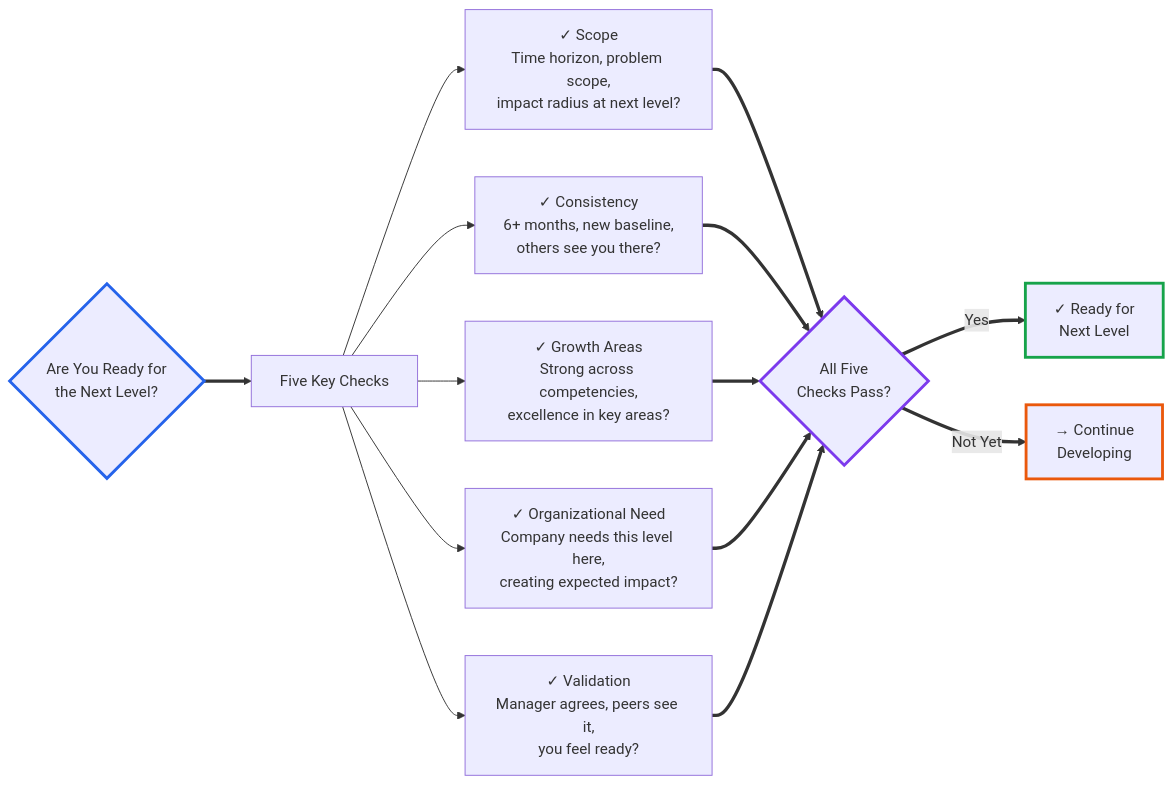
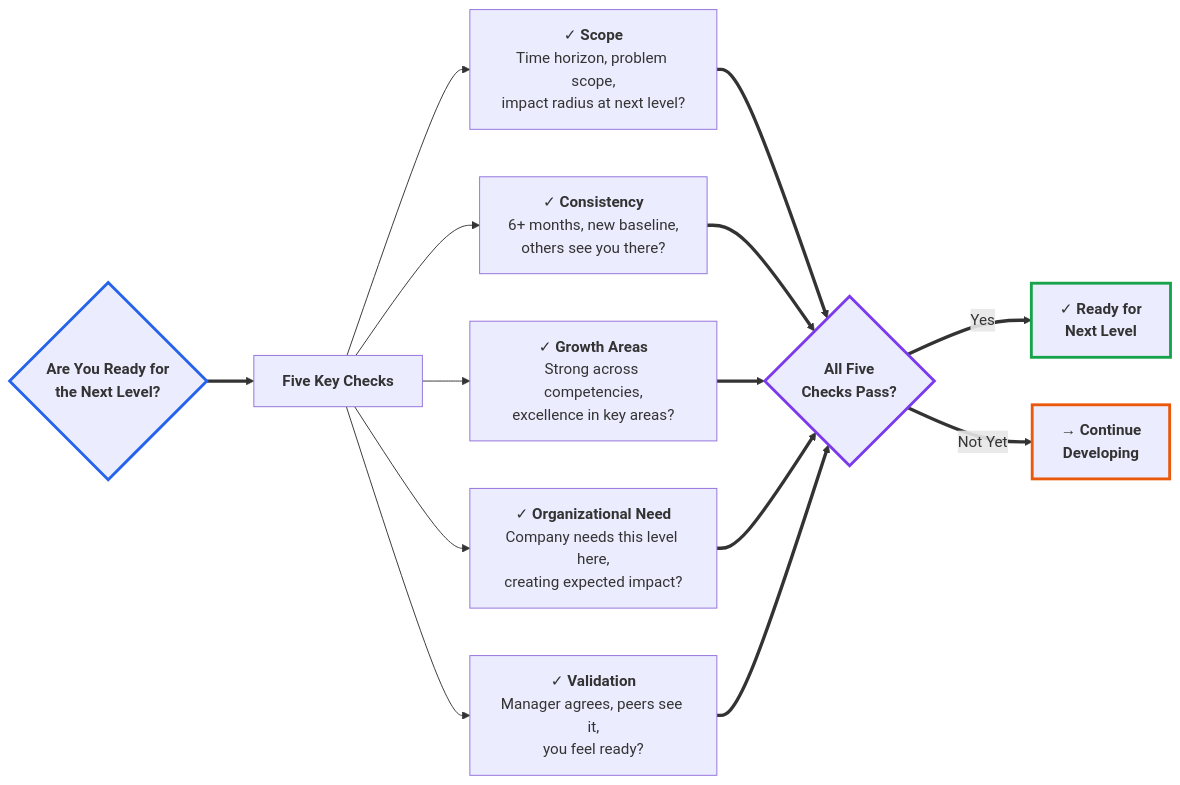
Before and after one commit to withcaldera/engineering-framework: the fifth of 5 diagrams in frameworks/progression-matrix.md, drawn with Mermaid. The commit also changed other lines of this file and 1 other file, not shown here.

````diff
--- a/frameworks/progression-matrix.md
+++ b/frameworks/progression-matrix.md
@@ -298,37 +298,37 @@
 ```mermaid
 flowchart LR
-    Question{Are You Ready for<br/>the Next Level?}
-    
-    Checks[Five Key Checks]
-    
-    Scope[✓ Scope<br/>Time horizon, problem scope,<br/>impact radius at next level?]
-    
-    Consistency[✓ Consistency<br/>6+ months, new baseline,<br/>others see you there?]
-    
-    Growth[✓ Growth Areas<br/>Strong across competencies,<br/>excellence in key areas?]
-    
-    Org[✓ Organizational Need<br/>Company needs this level here,<br/>creating expected impact?]
-    
-    Validation[✓ Validation<br/>Manager agrees, peers see it,<br/>you feel ready?]
-    
-    Ready{All Five<br/>Checks Pass?}
-    Yes[✓ Ready for<br/>Next Level]
-    NotYet[→ Continue<br/>Developing]
-    
+    Question{<b>Are You Ready for<br/>the Next Level?</b>}
+
+    Checks[<b>Five Key Checks</b>]
+
+    Scope[✓ <b>Scope</b><br/>Time horizon, problem scope,<br/>impact radius at next level?]
+
+    Consistency[✓ <b>Consistency</b><br/>6+ months, new baseline,<br/>others see you there?]
+
+    Growth[✓ <b>Growth Areas</b><br/>Strong across competencies,<br/>excellence in key areas?]
+
+    Org[✓ <b>Organizational Need</b><br/>Company needs this level here,<br/>creating expected impact?]
+
+    Validation[✓ <b>Validation</b><br/>Manager agrees, peers see it,<br/>you feel ready?]
+
+    Ready{<b>All Five<br/>Checks Pass?</b>}
+    Yes[✓ <b>Ready for<br/>Next Level</b>]
+    NotYet[→ <b>Continue<br/>Developing</b>]
+
     Question ==> Checks
     Checks --> Scope
     Checks --> Consistency
     Checks --> Growth
     Checks --> Org
     Checks --> Validation
-    
+
     Scope & Consistency & Growth & Org & Validation ==> Ready
-    
+
     Ready ==>|Yes| Yes
     Ready ==>|Not Yet| NotYet
-    
+
     style Question stroke:#2563eb,stroke-width:3px
     style Ready stroke:#7c3aed,stroke-width:3px
     style Yes stroke:#16a34a,stroke-width:3px
     style NotYet stroke:#ea580c,stroke-width:3px
 ```
````
